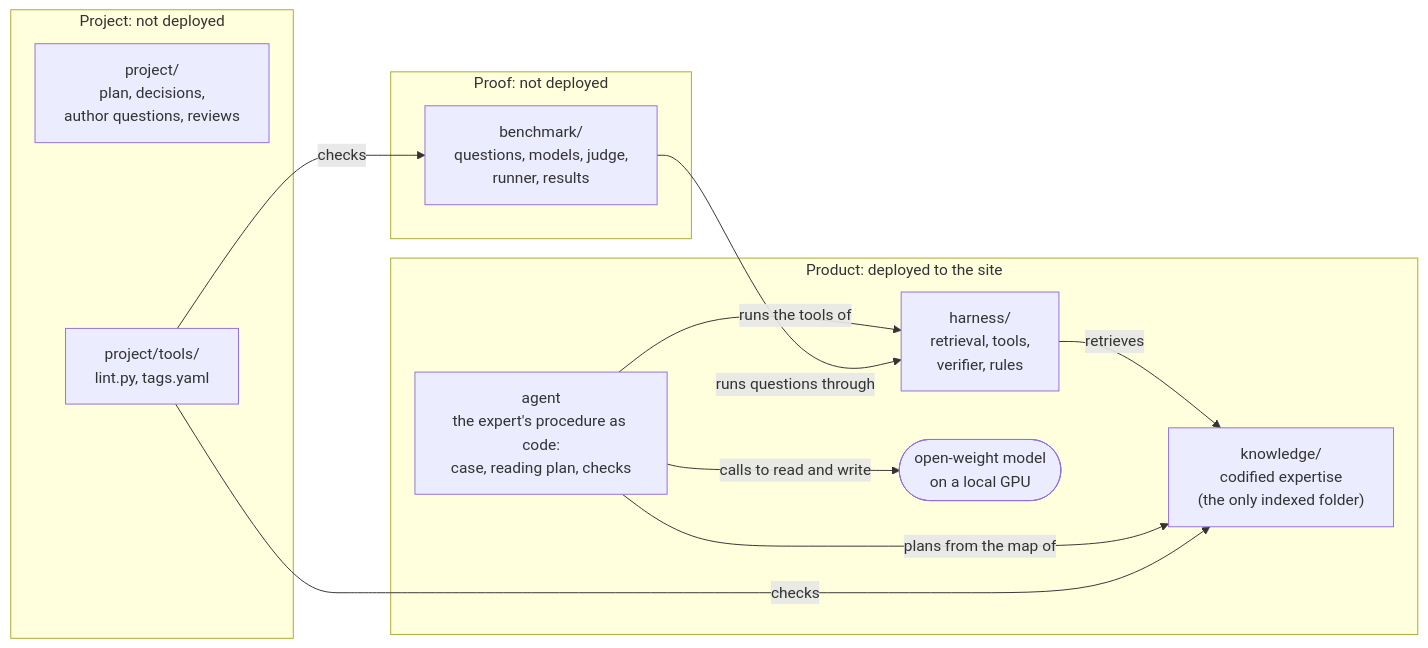
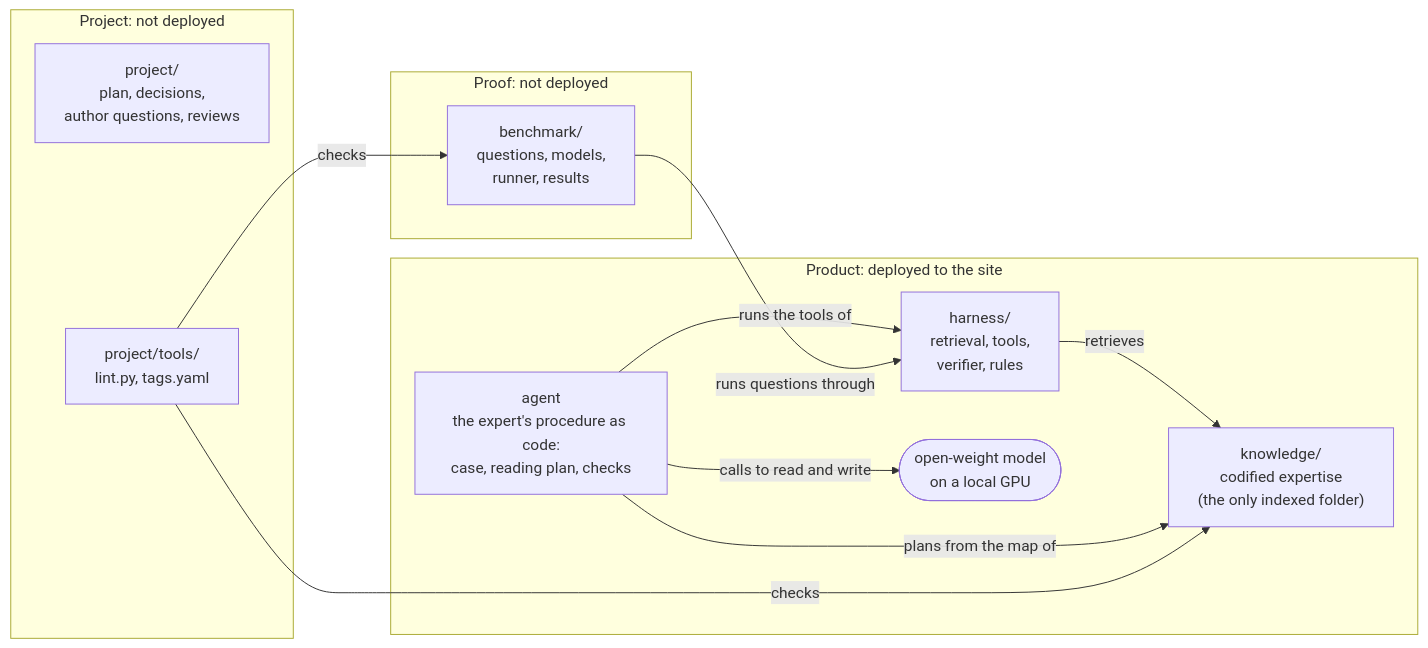
The diagram in ARCHITECTURE.md (e1-rahabok/agent-e2), drawn with Mermaid before and after one commit. The commit also changed other lines of this file and 21 other files, not shown here.

````diff
--- a/ARCHITECTURE.md
+++ b/ARCHITECTURE.md
@@ -19,23 +19,23 @@
 ```mermaid
 flowchart LR
   subgraph Product["Product: deployed to the site"]
     K["knowledge/<br/>codified expertise<br/>(the only indexed folder)"]
     H["harness/<br/>retrieval, tools,<br/>verifier, rules"]
     A["agent<br/>the expert's procedure as code:<br/>case, reading plan, checks"]
     M(["open-weight model<br/>on a local GPU"])
     H -->|retrieves| K
     A -->|plans from the map of| K
     A -->|runs the tools of| H
     A -->|calls to read and write| M
   end
   subgraph Proof["Proof: not deployed"]
-    B["benchmark/<br/>questions, models, judge,<br/>runner, results"]
+    B["benchmark/<br/>questions, models,<br/>runner, results"]
   end
   subgraph Project["Project: not deployed"]
     P["project/<br/>plan, decisions,<br/>author questions, reviews"]
     T["project/tools/<br/>lint.py, tags.yaml"]
   end
   B -->|runs questions through| H
   T -->|checks| K
   T -->|checks| B
 ```
````
